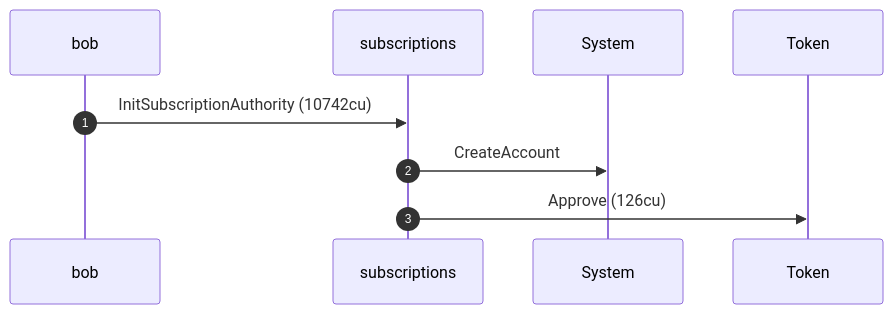
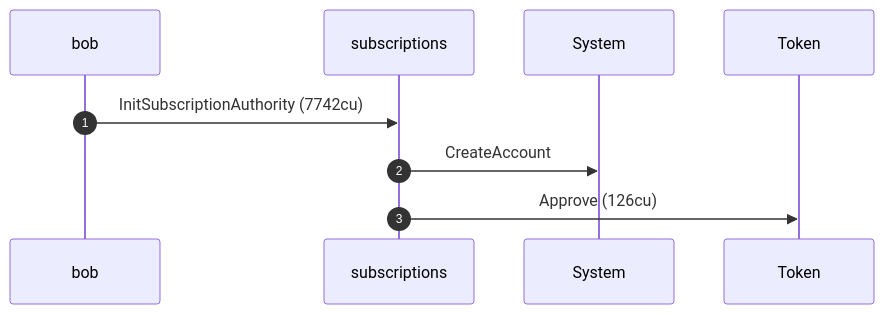
One commit to cds-rs/subscriptions changed the ninth of 16 diagrams in dsl_tests/recurring-transfer-delegator-mismatch-exploit-is-blocked.md. Above: the diagram before and after it, drawn with Mermaid. The commit also changed other lines of this file and 224 other files, not shown here.

````diff
--- a/dsl_tests/recurring-transfer-delegator-mismatch-exploit-is-blocked.md
+++ b/dsl_tests/recurring-transfer-delegator-mismatch-exploit-is-blocked.md
@@ -180,11 +189,11 @@
 ```mermaid
 sequenceDiagram
     autonumber
     participant bob
     participant subscriptions
     participant System
     participant Token
-    bob ->> subscriptions: InitSubscriptionAuthority (10742cu)
+    bob ->> subscriptions: InitSubscriptionAuthority (7742cu)
     subscriptions ->> System: CreateAccount
     subscriptions ->> Token: Approve (126cu)
 ```
````
